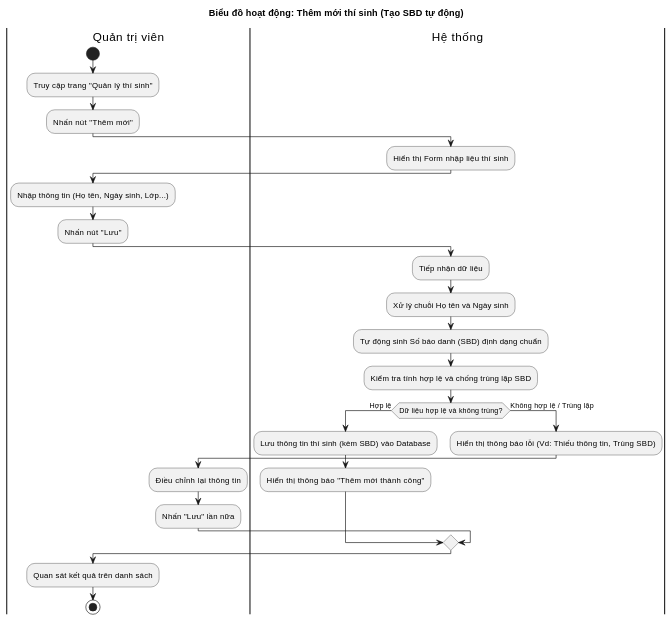
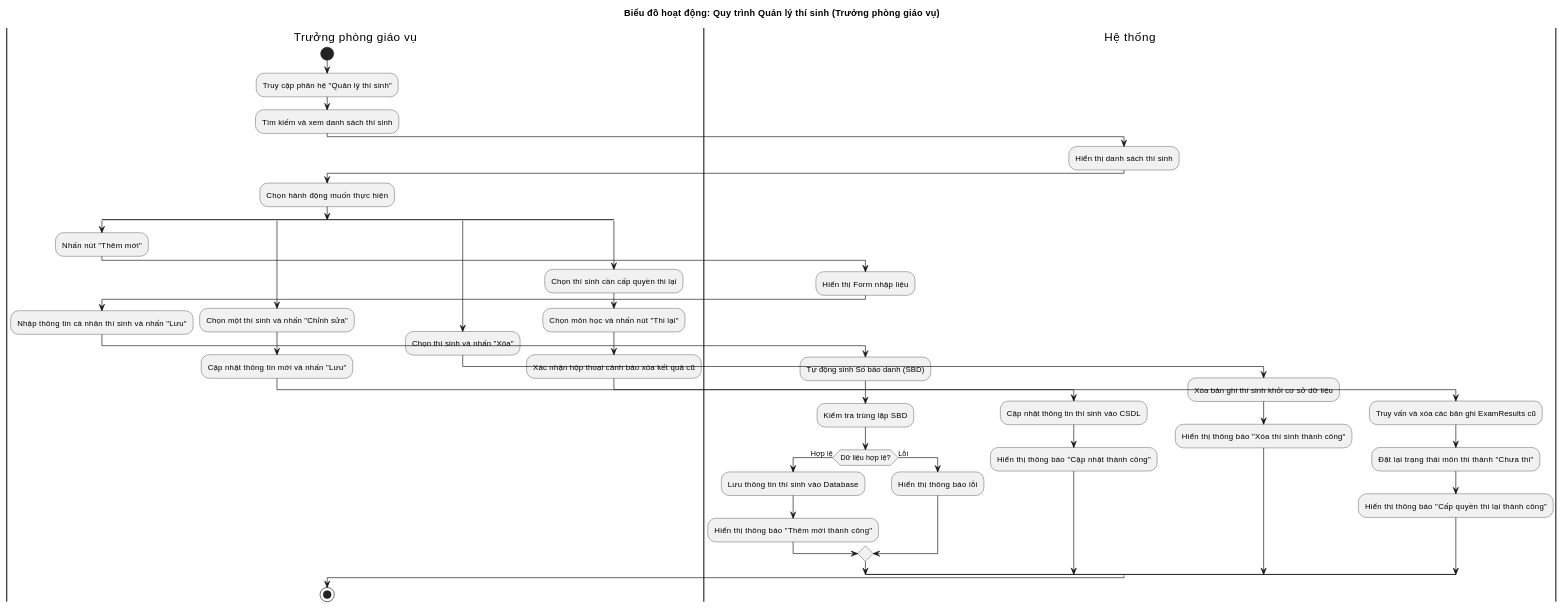
The third of 3 diagrams in Usecase/quanlythisinh.md (VuKV03/do-an-tot-nghiep), drawn with PlantUML before and after one commit. The commit also changed other lines of this file and 10 other files, not shown here.

Commit message:
các biểu đồ

````diff
--- a/Usecase/quanlythisinh.md
+++ b/Usecase/quanlythisinh.md
@@ -114,37 +136,58 @@
 ```plantuml
 @startuml
-title Biểu đồ hoạt động: Thêm mới thí sinh (Tạo SBD tự động)
+title Biểu đồ hoạt động: Quy trình Quản lý thí sinh (Trưởng phòng giáo vụ)
 
-|Quản trị viên|
+|Trưởng phòng giáo vụ|
 start
-:Truy cập trang "Quản lý thí sinh";
-:Nhấn nút "Thêm mới";
+:Truy cập phân hệ "Quản lý thí sinh";
+:Tìm kiếm và xem danh sách thí sinh;
 
 |Hệ thống|
-:Hiển thị Form nhập liệu thí sinh;
+:Hiển thị danh sách thí sinh;
 
-|Quản trị viên|
-:Nhập thông tin (Họ tên, Ngày sinh, Lớp...);
-:Nhấn nút "Lưu";
+|Trưởng phòng giáo vụ|
+:Chọn hành động muốn thực hiện;
 
-|Hệ thống|
-:Tiếp nhận dữ liệu;
-:Xử lý chuỗi Họ tên và Ngày sinh;
-:Tự động sinh Số báo danh (SBD) định dạng chuẩn;
+split
+  :Nhấn nút "Thêm mới";
+  |Hệ thống|
+  :Hiển thị Form nhập liệu;
+  |Trưởng phòng giáo vụ|
+  :Nhập thông tin cá nhân thí sinh và nhấn "Lưu";
+  |Hệ thống|
+  :Tự động sinh Số báo danh (SBD);
+  :Kiểm tra trùng lặp SBD;
+  if (Dữ liệu hợp lệ?) then (Hợp lệ)
+    :Lưu thông tin thí sinh vào Database;
+    :Hiển thị thông báo "Thêm mới thành công";
+  else (Lỗi)
+    :Hiển thị thông báo lỗi;
+  endif
+split again
+  |Trưởng phòng giáo vụ|
+  :Chọn một thí sinh và nhấn "Chỉnh sửa";
+  :Cập nhật thông tin mới và nhấn "Lưu";
+  |Hệ thống|
+  :Cập nhật thông tin thí sinh vào CSDL;
+  :Hiển thị thông báo "Cập nhật thành công";
+split again
+  |Trưởng phòng giáo vụ|
+  :Chọn thí sinh và nhấn "Xóa";
+  |Hệ thống|
+  :Xóa bản ghi thí sinh khỏi cơ sở dữ liệu;
+  :Hiển thị thông báo "Xóa thí sinh thành công";
+split again
+  |Trưởng phòng giáo vụ|
+  :Chọn thí sinh cần cấp quyền thi lại;
+  :Chọn môn học và nhấn nút "Thi lại";
+  :Xác nhận hộp thoại cảnh báo xóa kết quả cũ;
+  |Hệ thống|
+  :Truy vấn và xóa các bản ghi ExamResults cũ;
+  :Đặt lại trạng thái môn thi thành "Chưa thi";
+  :Hiển thị thông báo "Cấp quyền thi lại thành công";
+endsplit
 
-:Kiểm tra tính hợp lệ và chống trùng lặp SBD;
-if (Dữ liệu hợp lệ và không trùng?) then (Hợp lệ)
-  :Lưu thông tin thí sinh (kèm SBD) vào Database;
-  :Hiển thị thông báo "Thêm mới thành công";
-else (Không hợp lệ / Trùng lặp)
-  :Hiển thị thông báo lỗi (Vd: Thiếu thông tin, Trùng SBD);
-  |Quản trị viên|
-  :Điều chỉnh lại thông tin;
-  :Nhấn "Lưu" lần nữa;
-endif
-
-|Quản trị viên|
-:Quan sát kết quả trên danh sách;
+|Trưởng phòng giáo vụ|
 stop
 @enduml
 ```
````
